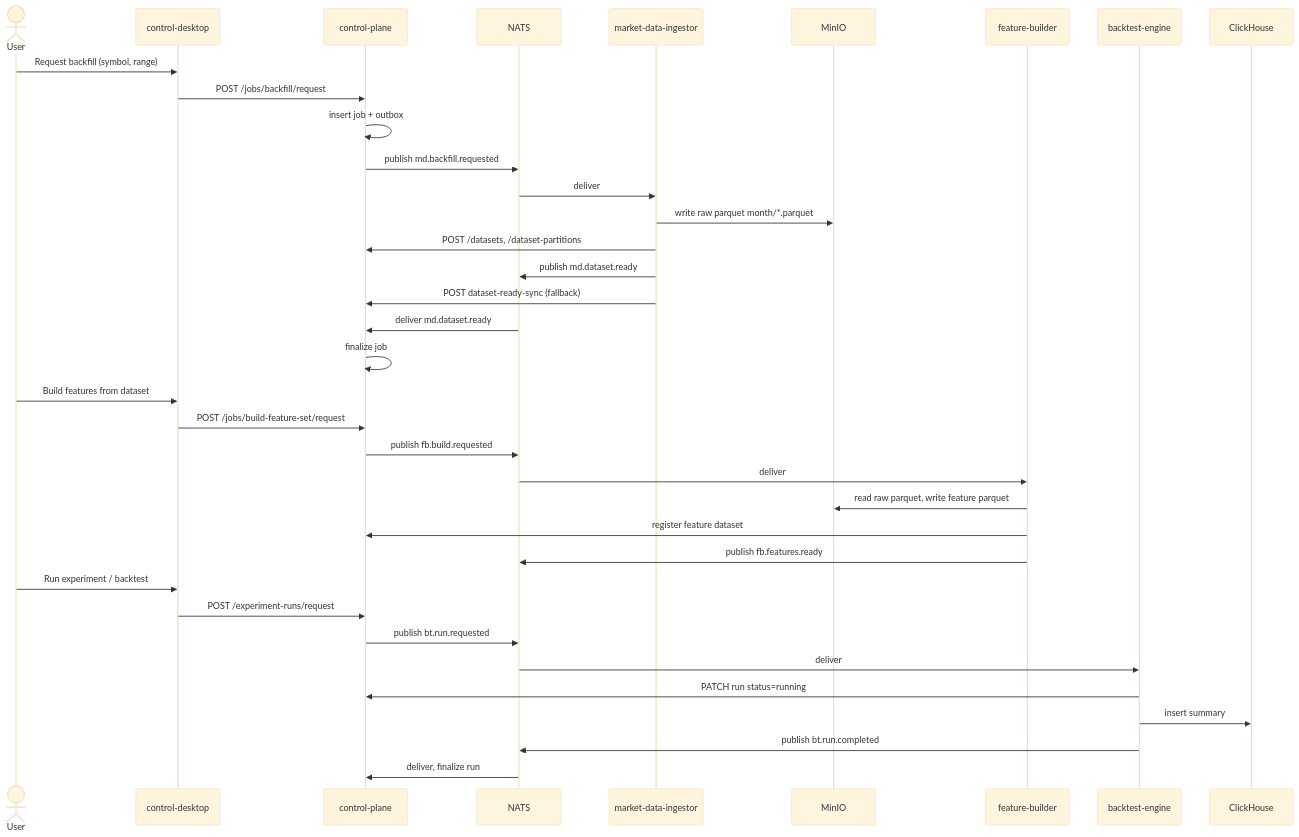
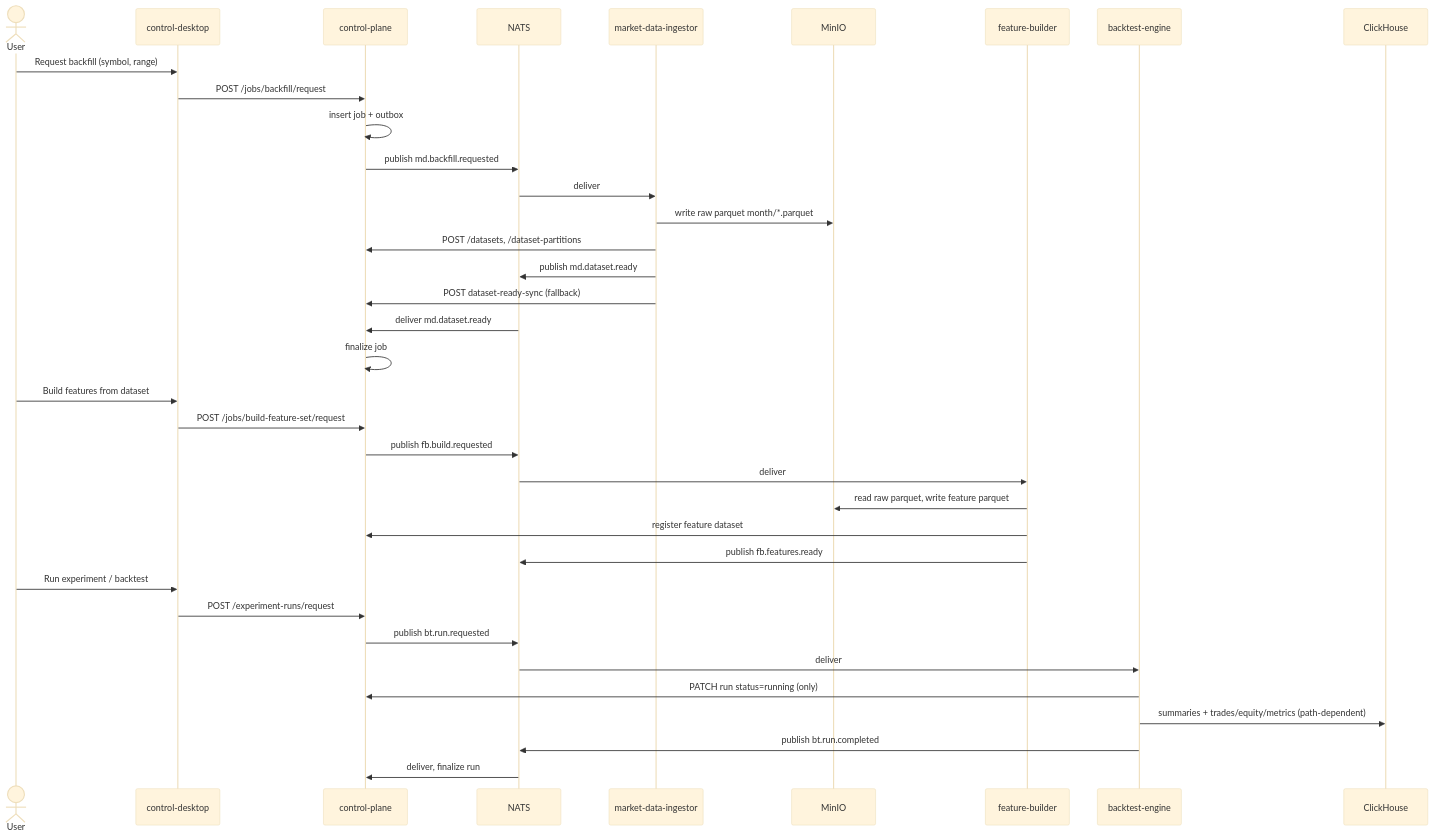
The third of 4 diagrams in docs/project-spec.md (Algorhythm-LLC/Algorhythm), drawn with Mermaid (base theme) before and after one commit. The commit also changed other lines of this file and 4 other files, not shown here.

First line of the commit message:
docs: align project-spec registry and roadmap; add Canvas status hub

````diff
--- a/docs/project-spec.md
+++ b/docs/project-spec.md
@@ -130,41 +130,41 @@
 ```mermaid
 sequenceDiagram
   actor U as User
   participant D as control-desktop
   participant CP as control-plane
   participant N as NATS
   participant M as market-data-ingestor
   participant S as MinIO
   participant F as feature-builder
   participant B as backtest-engine
   participant CH as ClickHouse
 
   U->>D: Request backfill (symbol, range)
   D->>CP: POST /jobs/backfill/request
   CP->>CP: insert job + outbox
   CP->>N: publish md.backfill.requested
   N->>M: deliver
   M->>S: write raw parquet month/*.parquet
   M->>CP: POST /datasets, /dataset-partitions
   M->>N: publish md.dataset.ready
   M->>CP: POST dataset-ready-sync (fallback)
   N->>CP: deliver md.dataset.ready
   CP->>CP: finalize job
 
   U->>D: Build features from dataset
   D->>CP: POST /jobs/build-feature-set/request
   CP->>N: publish fb.build.requested
   N->>F: deliver
   F->>S: read raw parquet, write feature parquet
   F->>CP: register feature dataset
   F->>N: publish fb.features.ready
 
   U->>D: Run experiment / backtest
   D->>CP: POST /experiment-runs/request
   CP->>N: publish bt.run.requested
   N->>B: deliver
-  B->>CP: PATCH run status=running
-  B->>CH: insert summary
+  B->>CP: PATCH run status=running (only)
+  B->>CH: summaries + trades/equity/metrics (path-dependent)
   B->>N: publish bt.run.completed
   N->>CP: deliver, finalize run
 ```
````
